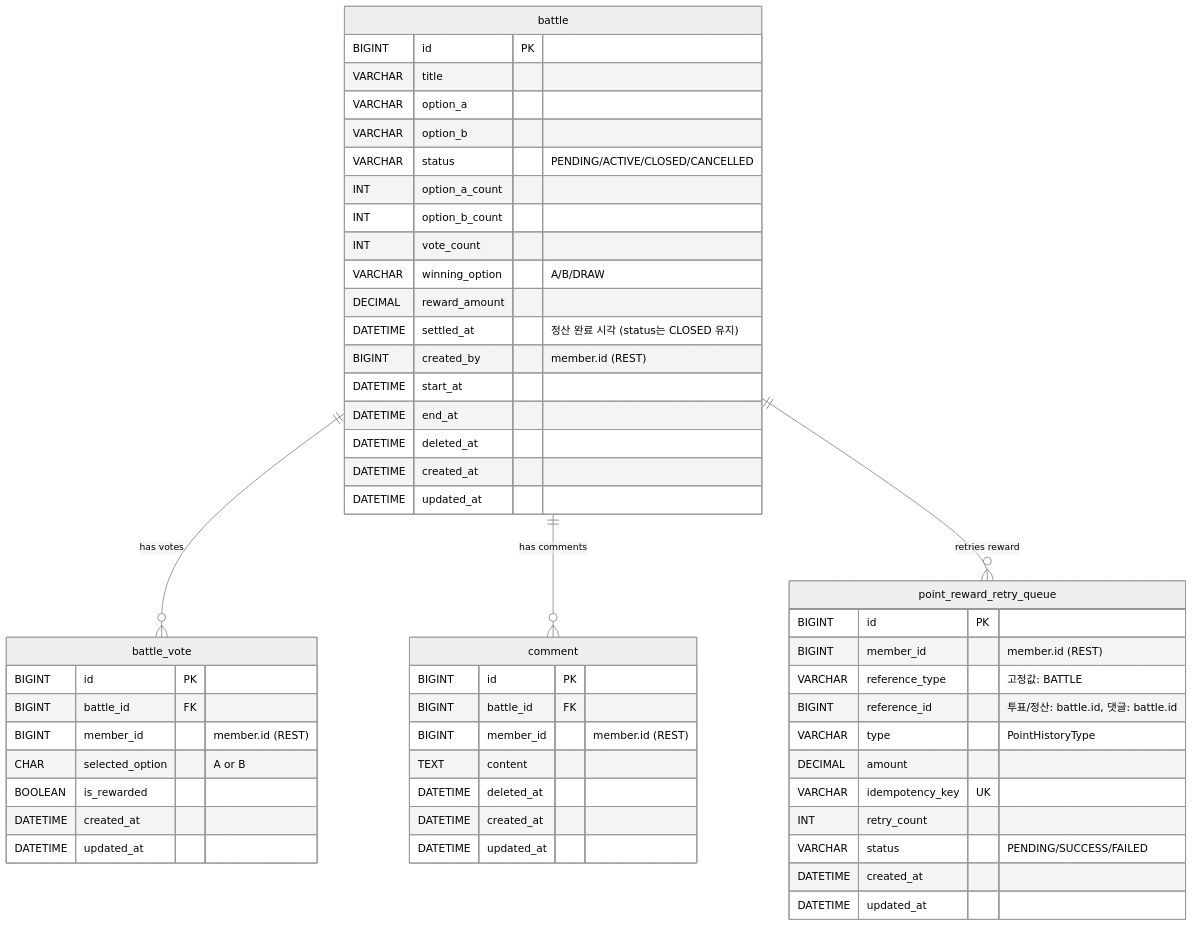
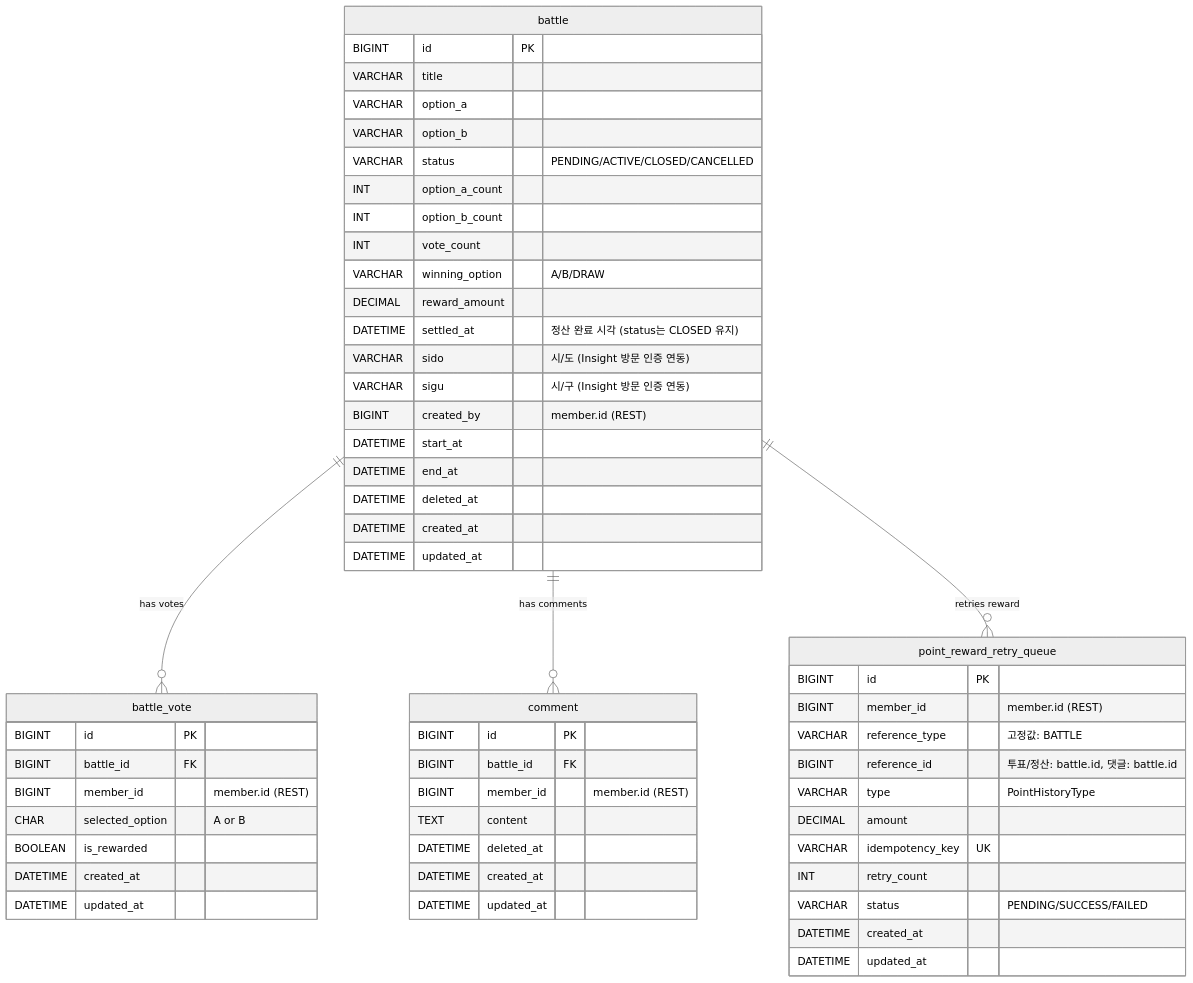
Before and after one commit to K-Ghwan99/todongsan: the first of 4 diagrams in docs/battle/BATTLE_ERD.md, drawn with Mermaid (neutral theme). The commit also changed other lines of this file and 7 other files, not shown here.

````diff
--- a/docs/battle/BATTLE_ERD.md
+++ b/docs/battle/BATTLE_ERD.md
@@ -25,60 +25,62 @@
 ```mermaid
 erDiagram
     battle ||--o{ battle_vote : "has votes"
     battle ||--o{ comment : "has comments"
     battle ||--o{ point_reward_retry_queue : "retries reward"
 
     battle {
         BIGINT id PK
         VARCHAR title
         VARCHAR option_a
         VARCHAR option_b
         VARCHAR status "PENDING/ACTIVE/CLOSED/CANCELLED"
         INT option_a_count
         INT option_b_count
         INT vote_count
         VARCHAR winning_option "A/B/DRAW"
         DECIMAL reward_amount
         DATETIME settled_at "정산 완료 시각 (status는 CLOSED 유지)"
+        VARCHAR sido "시/도 (Insight 방문 인증 연동)"
+        VARCHAR sigu "시/구 (Insight 방문 인증 연동)"
         BIGINT created_by "member.id (REST)"
         DATETIME start_at
         DATETIME end_at
         DATETIME deleted_at
         DATETIME created_at
         DATETIME updated_at
     }
 
     battle_vote {
         BIGINT id PK
         BIGINT battle_id FK
         BIGINT member_id "member.id (REST)"
         CHAR selected_option "A or B"
         BOOLEAN is_rewarded
         DATETIME created_at
         DATETIME updated_at
     }
 
     comment {
         BIGINT id PK
         BIGINT battle_id FK
         BIGINT member_id "member.id (REST)"
         TEXT content
         DATETIME deleted_at
         DATETIME created_at
         DATETIME updated_at
     }
 
     point_reward_retry_queue {
         BIGINT id PK
         BIGINT member_id "member.id (REST)"
         VARCHAR reference_type "고정값: BATTLE"
         BIGINT reference_id "투표/정산: battle.id, 댓글: battle.id"
         VARCHAR type "PointHistoryType"
         DECIMAL amount
         VARCHAR idempotency_key UK
         INT retry_count
         VARCHAR status "PENDING/SUCCESS/FAILED"
         DATETIME created_at
         DATETIME updated_at
     }
 ```
````
